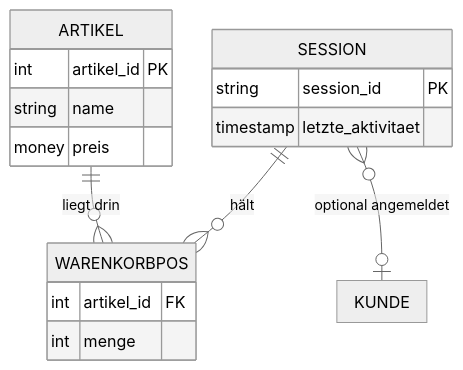
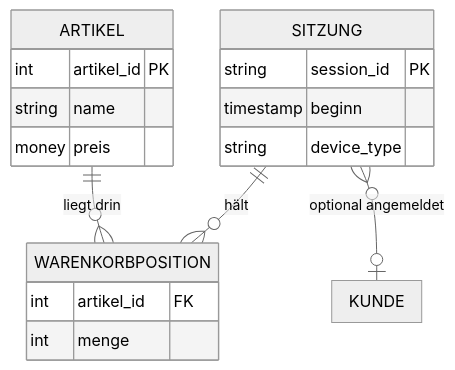
The diagram in slides/diagramme/02_shop_modell.mmd (swrobuts/BurgerMetrics), drawn with Mermaid (neutral theme) before and after one commit. The commit also changed 7 other files, not shown here.

```diff
--- a/slides/diagramme/02_shop_modell.mmd
+++ b/slides/diagramme/02_shop_modell.mmd
@@ -1,18 +1,19 @@
 %%{init: {"er": {"nodeSpacing": 40, "rankSpacing": 56, "minEntityHeight": 42, "minEntityWidth": 90, "entityPadding": 12, "diagramPadding": 6}}}%%
 erDiagram
-    SESSION   ||--o{ WARENKORBPOS : "hält"
-    ARTIKEL   ||--o{ WARENKORBPOS : "liegt drin"
-    SESSION   }o--o| KUNDE        : "optional angemeldet"
-    SESSION {
+    SITZUNG   ||--o{ WARENKORBPOSITION : "hält"
+    ARTIKEL   ||--o{ WARENKORBPOSITION : "liegt drin"
+    SITZUNG   }o--o| KUNDE : "optional angemeldet"
+    SITZUNG {
         string session_id PK
-        timestamp letzte_aktivitaet
+        timestamp beginn
+        string device_type
     }
-    WARENKORBPOS {
+    WARENKORBPOSITION {
         int    artikel_id FK
         int    menge
     }
     ARTIKEL {
         int    artikel_id PK
         string name
         money  preis
     }
```
